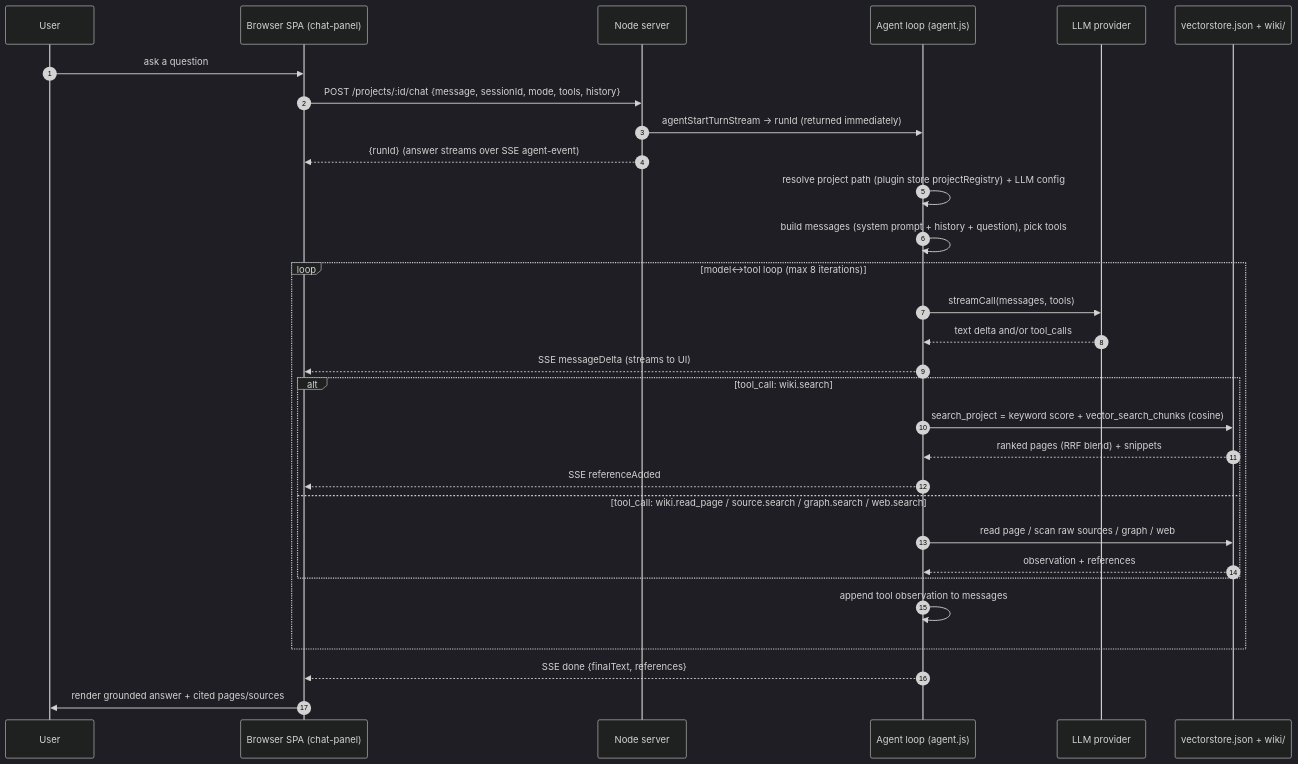
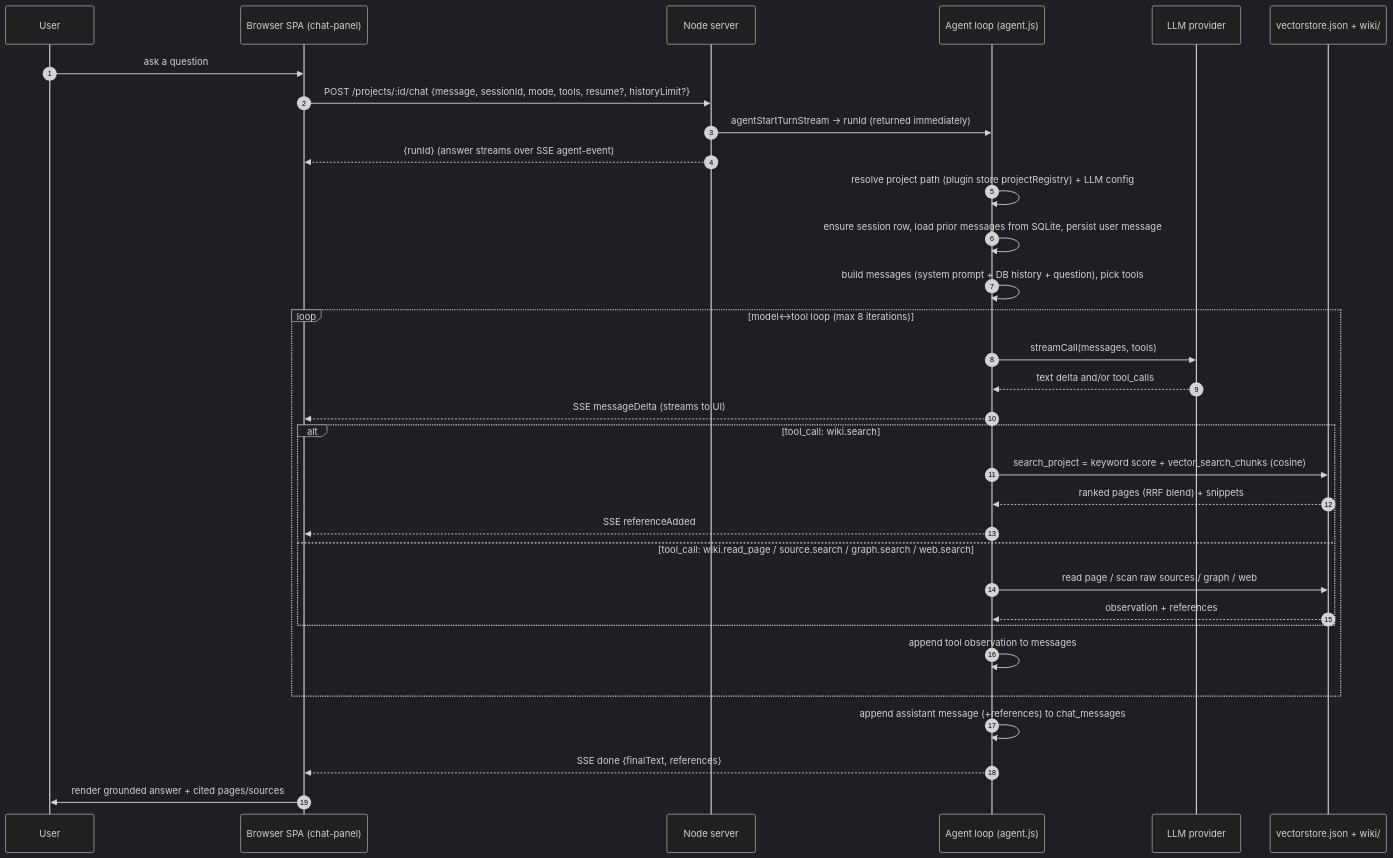
The third of 3 diagrams in docs/PUSH1_ACTUAL_ARCHITECTURE.md (nashsu/llm_wiki), drawn with Mermaid (dark theme) before and after one commit. The commit also changed other lines of this file and 5 other files, not shown here.

First line of the commit message:
feat(client): server-backed chat sessions for the web build (issue #21)

````diff
--- a/docs/PUSH1_ACTUAL_ARCHITECTURE.md
+++ b/docs/PUSH1_ACTUAL_ARCHITECTURE.md
@@ -231,36 +234,38 @@
 ```mermaid
 sequenceDiagram
   autonumber
   participant U as User
   participant SPA as Browser SPA (chat-panel)
   participant SRV as Node server
   participant AG as Agent loop (agent.js)
   participant LLM as LLM provider
   participant VS as vectorstore.json + wiki/
 
   U->>SPA: ask a question
-  SPA->>SRV: POST /projects/:id/chat {message, sessionId, mode, tools, history}
+  SPA->>SRV: POST /projects/:id/chat {message, sessionId, mode, tools, resume?, historyLimit?}
   SRV->>AG: agentStartTurnStream → runId (returned immediately)
   SRV-->>SPA: {runId}  (answer streams over SSE agent-event)
 
   AG->>AG: resolve project path (plugin store projectRegistry) + LLM config
-  AG->>AG: build messages (system prompt + history + question), pick tools
+  AG->>AG: ensure session row, load prior messages from SQLite, persist user message
+  AG->>AG: build messages (system prompt + DB history + question), pick tools
 
   loop model↔tool loop (max 8 iterations)
     AG->>LLM: streamCall(messages, tools)
     LLM-->>AG: text delta and/or tool_calls
     AG-->>SPA: SSE messageDelta (streams to UI)
     alt tool_call: wiki.search
       AG->>VS: search_project = keyword score + vector_search_chunks (cosine)
       VS-->>AG: ranked pages (RRF blend) + snippets
       AG-->>SPA: SSE referenceAdded
     else tool_call: wiki.read_page / source.search / graph.search / web.search
       AG->>VS: read page / scan raw sources / graph / web
       VS-->>AG: observation + references
     end
     AG->>AG: append tool observation to messages
   end
 
+  AG->>AG: append assistant message (+references) to chat_messages
   AG-->>SPA: SSE done {finalText, references}
   SPA->>U: render grounded answer + cited pages/sources
 ```
````
